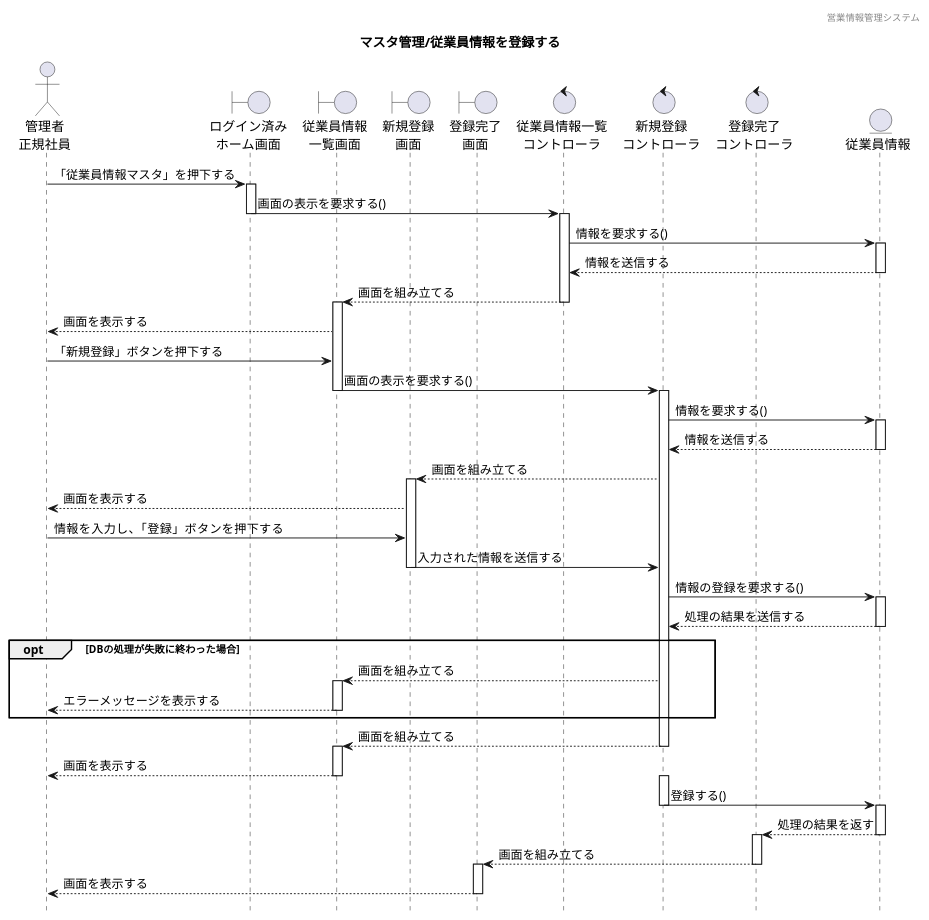
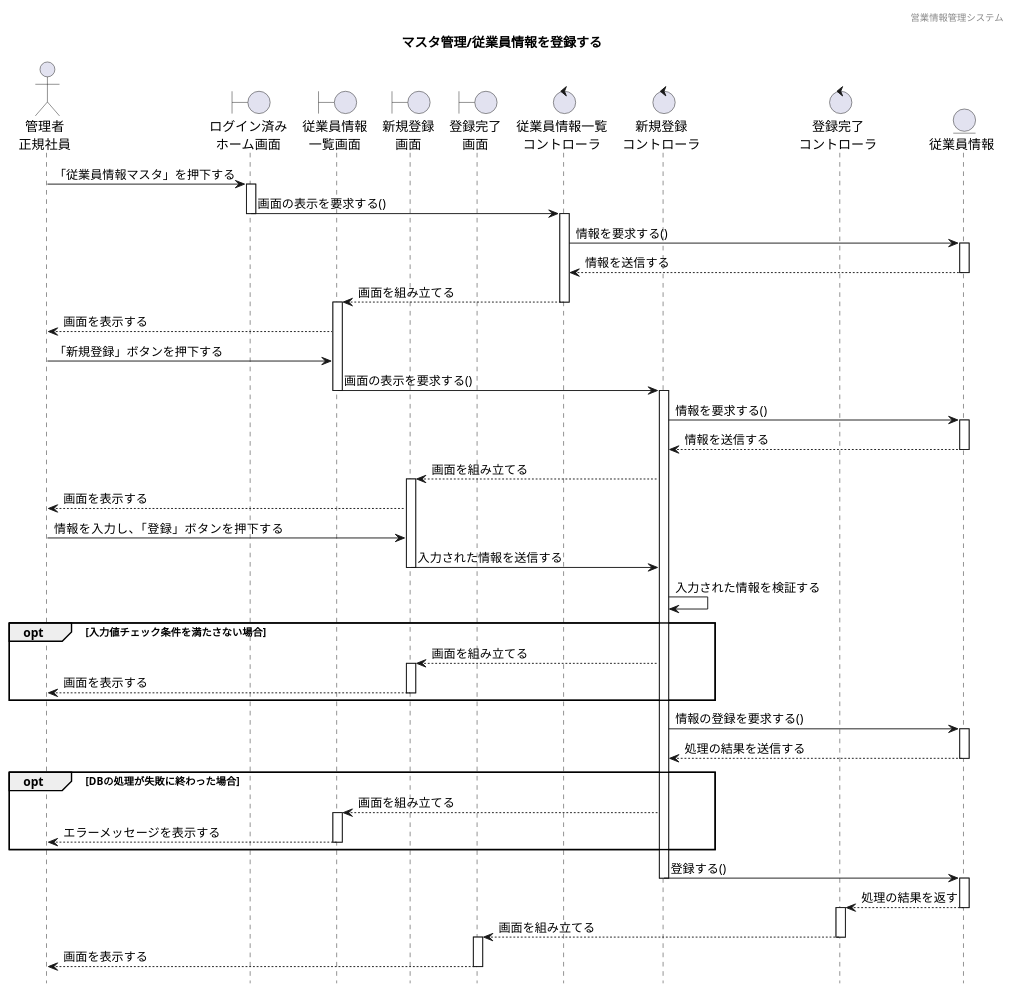
The diagram in 各種設計書/4シーケンス図/マスタ管理/1.従業員情報マスタ/従業員情報管理_登録.plantuml (HaruShim/Sotuken), drawn with PlantUML before and after one commit. The commit also changed 3 other files, not shown here.

```diff
--- a/各種設計書/4シーケンス図/マスタ管理/1.従業員情報マスタ/従業員情報管理_登録.plantuml
+++ b/各種設計書/4シーケンス図/マスタ管理/1.従業員情報マスタ/従業員情報管理_登録.plantuml
@@ -1,90 +1,94 @@
 @startuml ../../images/従業員情報マスタ/従業員情報管理_登録
 
 ' 下アイコン除去
 hide footbox
 ' ヘッダー
 header 営業情報管理システム
 ' タイトル
 title マスタ管理/従業員情報を登録する
 
 
 ' actor "" as 
 actor "管理者\n正規社員" as a1
 
 ' boundary "" as 
 boundary "ログイン済み\nホーム画面" as b1
 boundary "従業員情報\n一覧画面" as b2
 boundary "新規登録\n画面" as b3
 boundary "登録完了\n画面" as b4
 
 ' control "" as 
 control "従業員情報一覧\nコントローラ" as c1
 control "新規登録\nコントローラ" as c2
 control "登録完了\nコントローラ" as c3
 
 ' entity "" as
 entity "従業員情報" as e1
 
 
 ' ログイン済みホーム画面から一覧表示までのシーケンス
 a1 -> b1 : 「従業員情報マスタ」を押下する
 activate b1
 b1 -> c1 : 画面の表示を要求する()
 deactivate b1
 activate c1
 c1 -> e1 : 情報を要求する()
 activate e1
 e1 --> c1 : 情報を送信する
 deactivate e1
 c1 --> b2 : 画面を組み立てる
 deactivate c1
 activate b2
 b2 --> a1 : 画面を表示する
 a1 -> b2 : 「新規登録」ボタンを押下する
 b2 -> c2 : 画面の表示を要求する()
 deactivate b2
 activate c2
 c2 -> e1 : 情報を要求する()
 activate e1
 e1 --> c2 : 情報を送信する
 deactivate e1
 c2 --> b3 : 画面を組み立てる
 activate b3
 b3 --> a1 : 画面を表示する
 a1 -> b3 : 情報を入力し、「登録」ボタンを押下する
 b3 -> c2 : 入力された情報を送信する
 deactivate b3
+c2 -> c2 : 入力された情報を検証する
+opt 入力値チェック条件を満たさない場合
+c2 --> b3 :画面を組み立てる
+activate b3
+b3 --> a1 : 画面を表示する 
+deactivate b3
+end
 c2 -> e1 : 情報の登録を要求する()
 activate e1
 e1 --> c2 : 処理の結果を送信する
 deactivate e1
 opt DBの処理が失敗に終わった場合
 c2 --> b2 : 画面を組み立てる
 activate b2
 b2 --> a1 : エラーメッセージを表示する  
 deactivate b2
 end
-c2 --> b2 : 画面を組み立てる
-deactivate c2
-activate b2
-b2 --> a1 : 画面を表示する  
+activate b2  
 deactivate b2
 
 
 
 activate c2
 c2 -> e1 : 登録する()
 deactivate c2
 activate e1
 c3 <-- e1 : 処理の結果を返す
 deactivate e1
 activate c3
 b4 <-- c3 : 画面を組み立てる
 deactivate c3
 activate b4
 a1 <-- b4 : 画面を表示する
 deactivate b4
 
 
 
 @enduml
```
